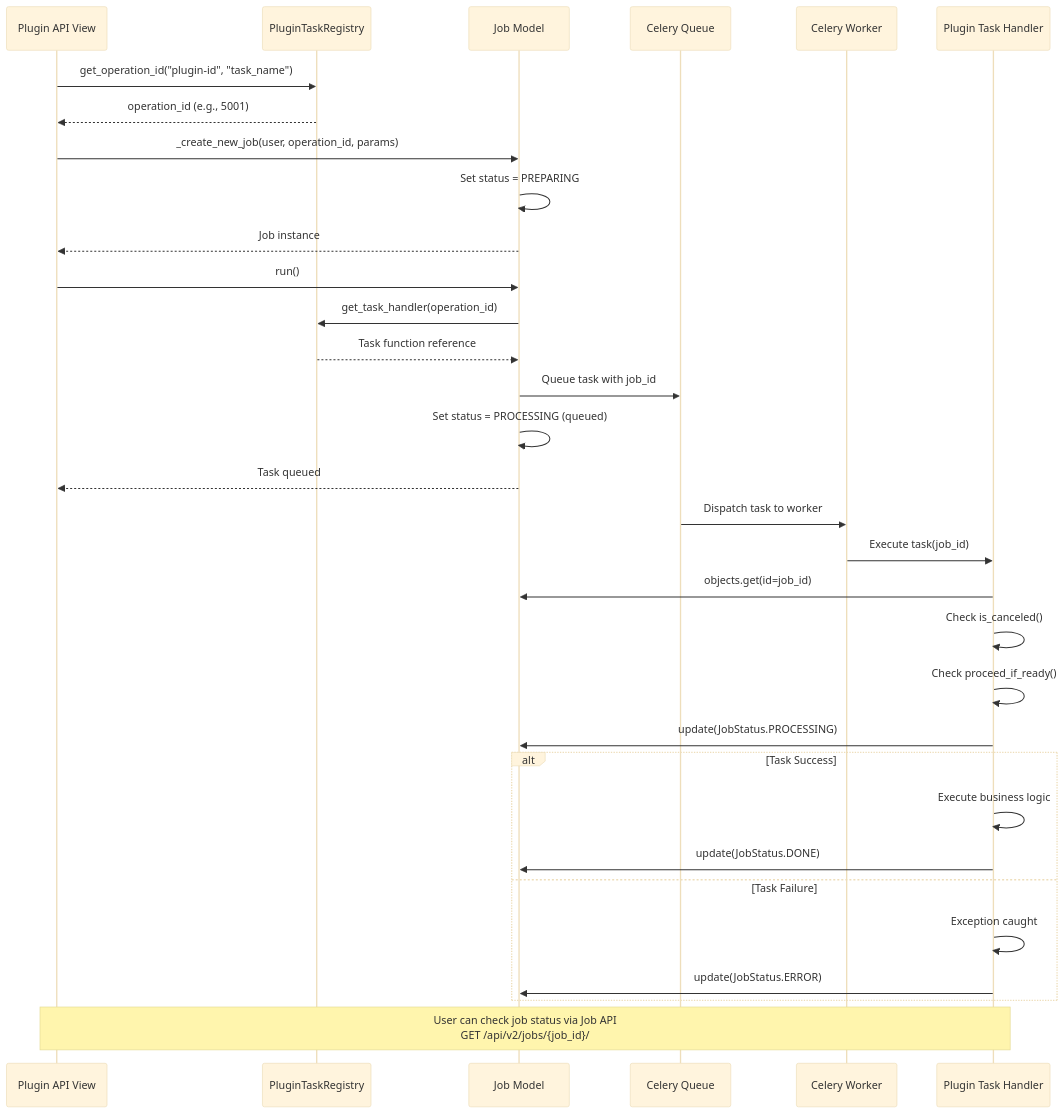
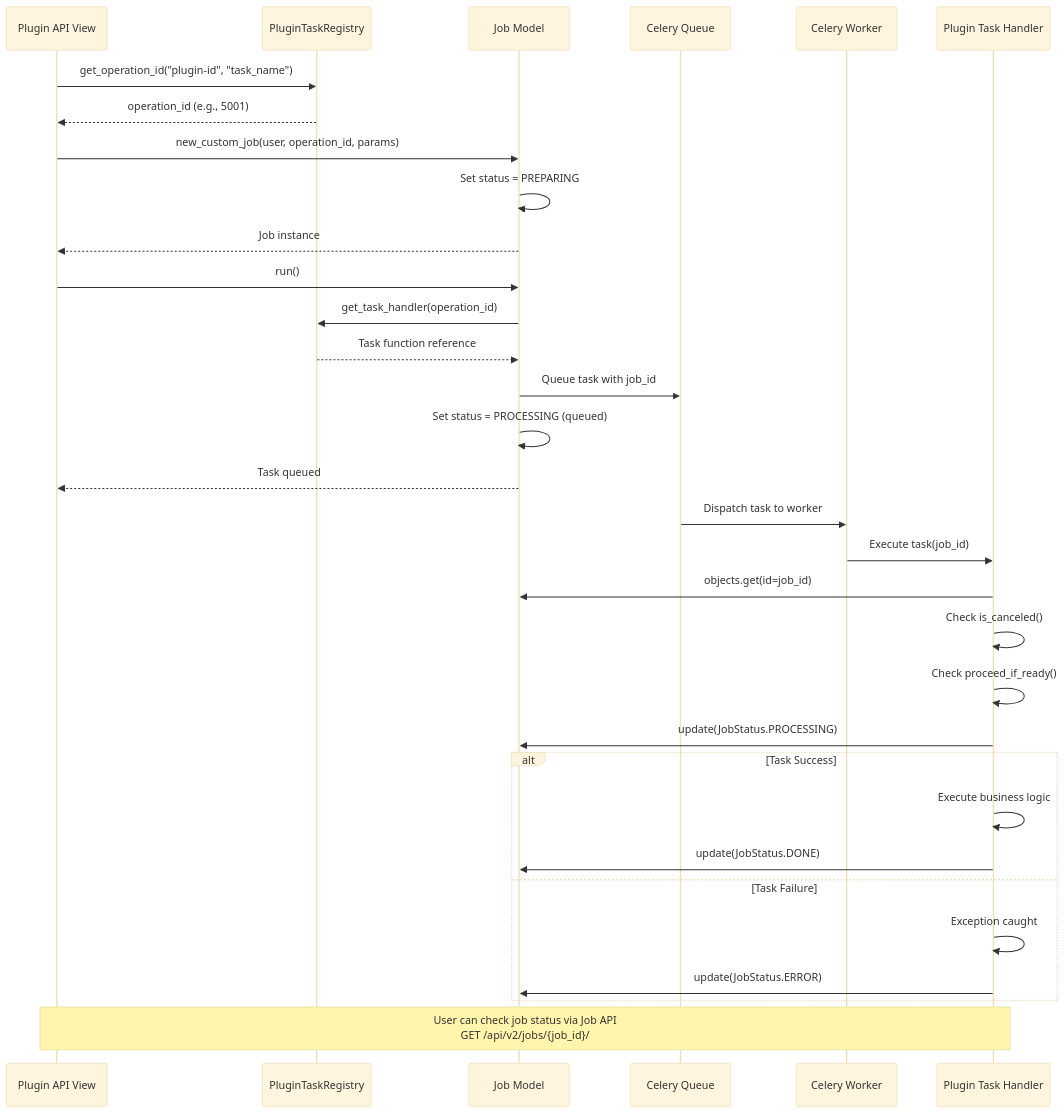
Before and after one commit to dmm-com/pagoda: diagram 13 of 18 in docs/content/advanced/plugin_architecture_diagrams.md, drawn with Mermaid (base theme). The commit also changed 2 other files, not shown here.

Commit message:
docs: document typed plugin job parameters
Show plugin authors how to declare parameter_models on PluginTaskConfig and
read them through job.get_typed_params(), and switch examples from the private
Job._create_new_job to the public Job.new_custom_job.

````diff
--- a/docs/content/advanced/plugin_architecture_diagrams.md
+++ b/docs/content/advanced/plugin_architecture_diagrams.md
@@ -502,41 +502,41 @@
 ```mermaid
 sequenceDiagram
     participant API as Plugin API View
     participant Registry as PluginTaskRegistry
     participant Job as Job Model
     participant Celery as Celery Queue
     participant Worker as Celery Worker
     participant Task as Plugin Task Handler
 
     API->>Registry: get_operation_id("plugin-id", "task_name")
     Registry-->>API: operation_id (e.g., 5001)
 
-    API->>Job: _create_new_job(user, operation_id, params)
+    API->>Job: new_custom_job(user, operation_id, params)
     Job->>Job: Set status = PREPARING
     Job-->>API: Job instance
 
     API->>Job: run()
     Job->>Registry: get_task_handler(operation_id)
     Registry-->>Job: Task function reference
     Job->>Celery: Queue task with job_id
     Job->>Job: Set status = PROCESSING (queued)
     Job-->>API: Task queued
 
     Celery->>Worker: Dispatch task to worker
     Worker->>Task: Execute task(job_id)
 
     Task->>Job: objects.get(id=job_id)
     Task->>Task: Check is_canceled()
     Task->>Task: Check proceed_if_ready()
     Task->>Job: update(JobStatus.PROCESSING)
 
     alt Task Success
         Task->>Task: Execute business logic
         Task->>Job: update(JobStatus.DONE)
     else Task Failure
         Task->>Task: Exception caught
         Task->>Job: update(JobStatus.ERROR)
     end
 
     Note over API,Task: User can check job status via Job API<br/>GET /api/v2/jobs/{job_id}/
 ```
````
